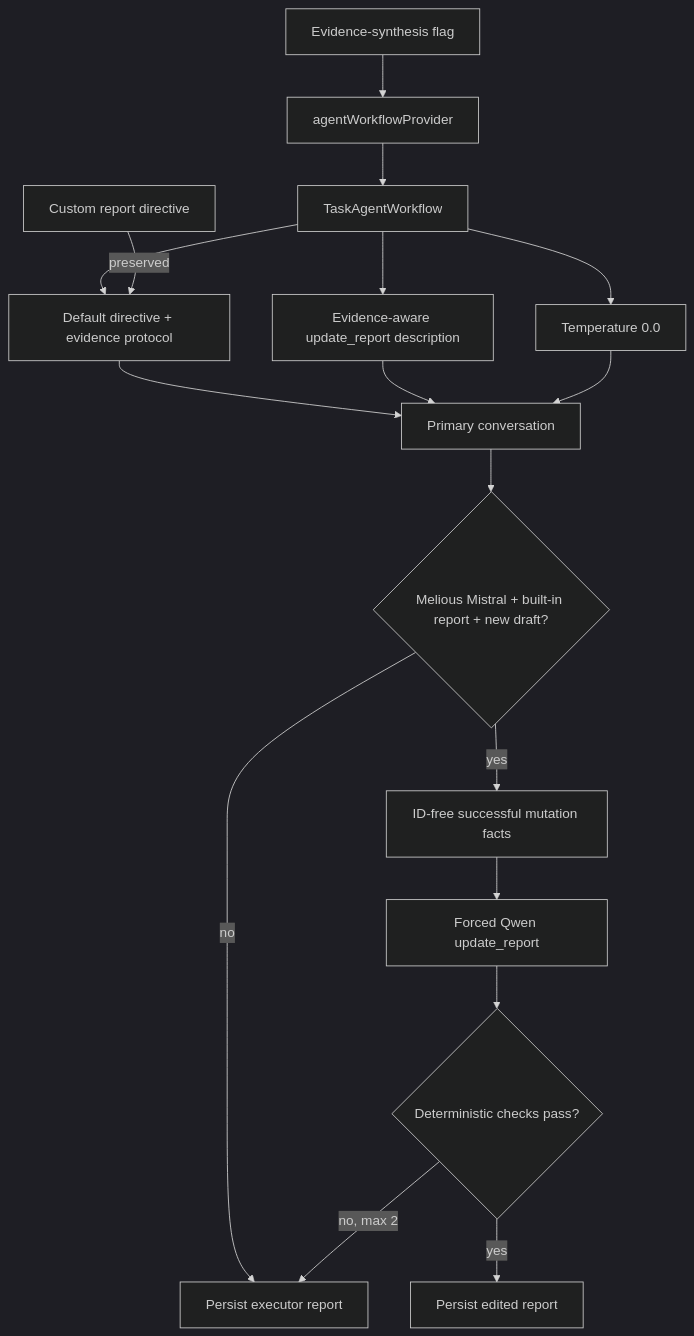
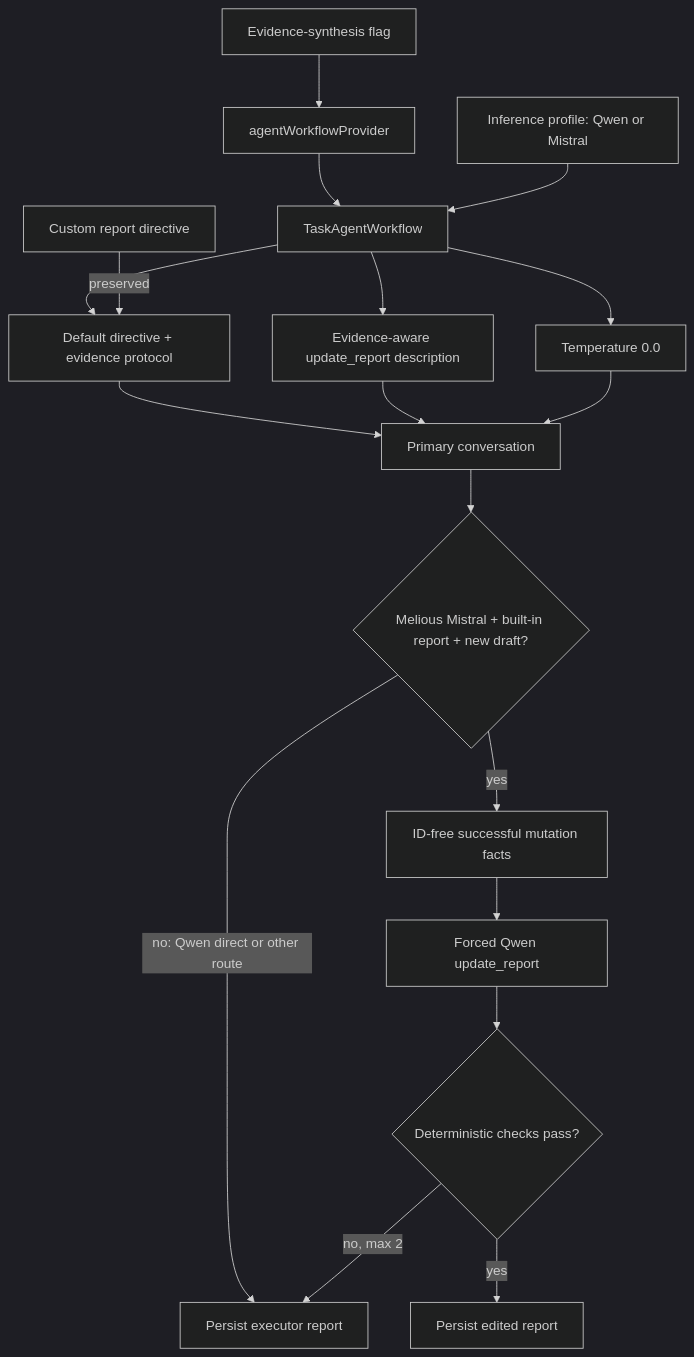
Before and after one commit to matthiasn/lotti: the tenth of 20 diagrams in lib/features/agents/README.md, drawn with Mermaid (dark theme). The commit also changed other lines of this file and 24 other files, not shown here.

````diff
--- a/lib/features/agents/README.md
+++ b/lib/features/agents/README.md
@@ -888,19 +896,20 @@
 ```mermaid
 flowchart TD
   Flag["Evidence-synthesis flag"] --> Provider["agentWorkflowProvider"]
   Provider --> Workflow["TaskAgentWorkflow"]
+  Profile["Inference profile: Qwen or Mistral"] --> Workflow
   Workflow --> Prompt["Default directive + evidence protocol"]
   Workflow --> Tools["Evidence-aware update_report description"]
   Workflow --> Sampling["Temperature 0.0"]
   Custom["Custom report directive"] -->|preserved| Prompt
   Prompt --> Executor["Primary conversation"]
   Tools --> Executor
   Sampling --> Executor
   Executor --> Gate{"Melious Mistral + built-in report + new draft?"}
-  Gate -->|no| Persist["Persist executor report"]
+  Gate -->|no: Qwen direct or other route| Persist["Persist executor report"]
   Gate -->|yes| Facts["ID-free successful mutation facts"]
   Facts --> Editor["Forced Qwen update_report"]
   Editor --> Validate{"Deterministic checks pass?"}
   Validate -->|yes| PersistEdited["Persist edited report"]
   Validate -->|no, max 2| Persist
 ```
````
